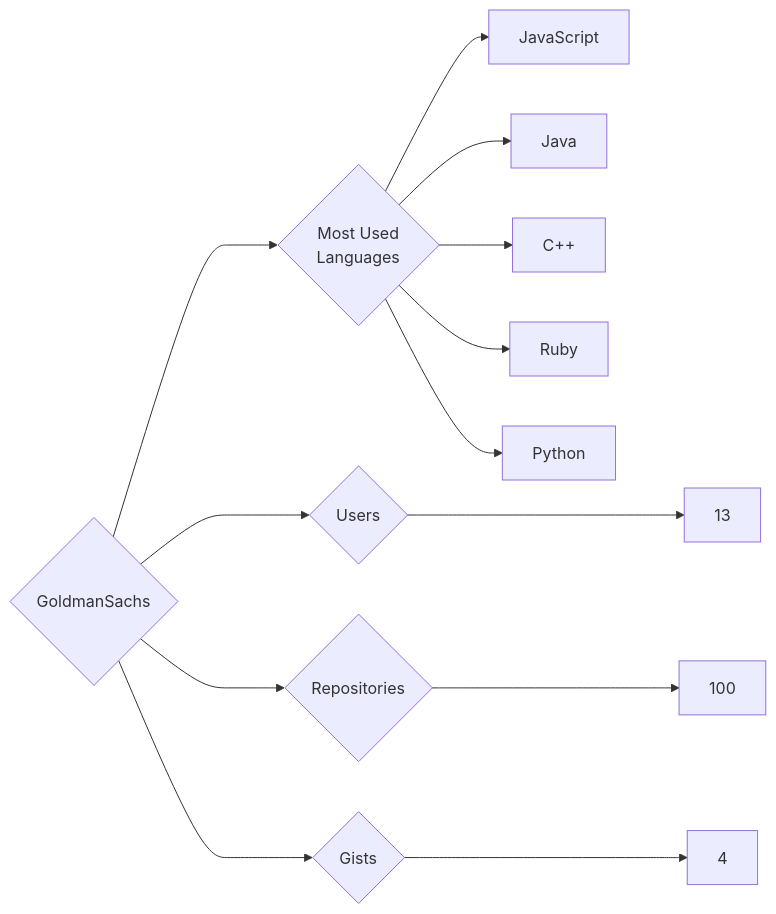
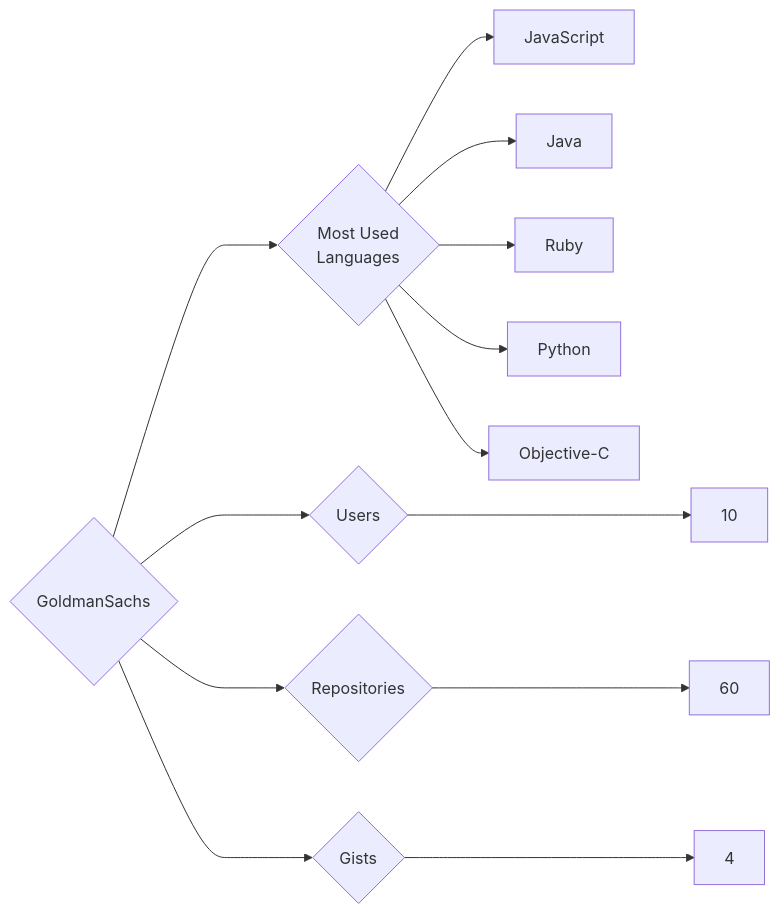
Before and after one commit to trickest/insiders: the diagram in targets/GoldmanSachs/README.md, drawn with Mermaid. The commit also changed 934 other files, not shown here.

````diff
--- a/targets/GoldmanSachs/README.md
+++ b/targets/GoldmanSachs/README.md
@@ -3,13 +3,13 @@
 ```mermaid
 graph LR
 COMPANY_NAME{GoldmanSachs}
-COMPANY_NAME ---> U{Users} ---> UN[13]
-COMPANY_NAME ---> R{Repositories} ---> RN[100]
+COMPANY_NAME ---> U{Users} ---> UN[10]
+COMPANY_NAME ---> R{Repositories} ---> RN[60]
 COMPANY_NAME ---> G{Gists} ---> GN[4]
 COMPANY_NAME ---> ML{Most Used<br>Languages}
 ML --> JavaScript[JavaScript]
 ML --> Java[Java]
-ML --> C++[C++]
 ML --> Ruby[Ruby]
 ML --> Python[Python]
+ML --> Objective-C[Objective-C]
 ```
````
